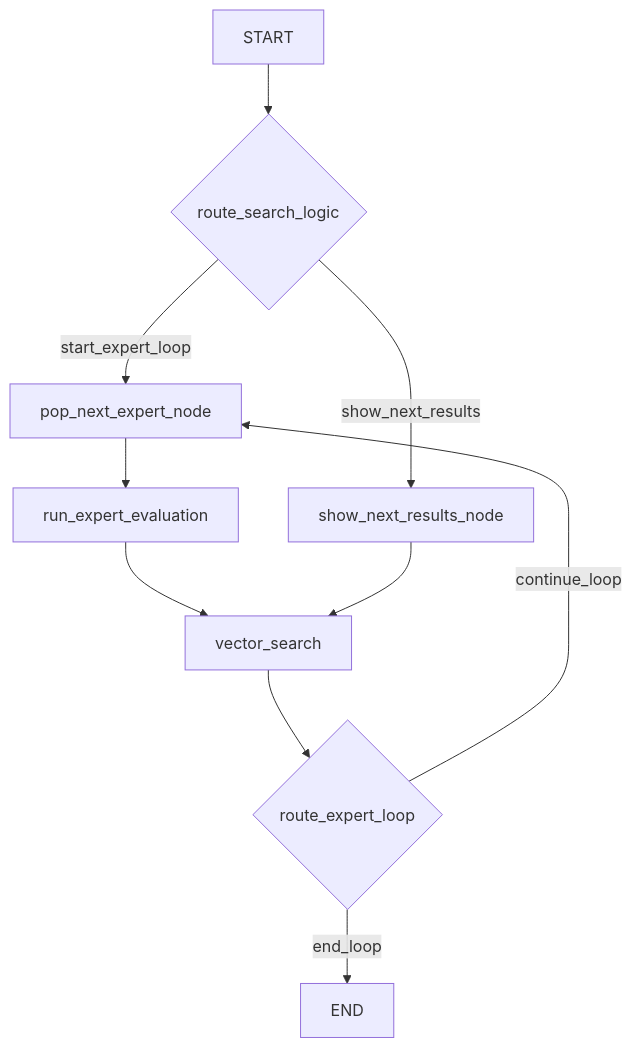
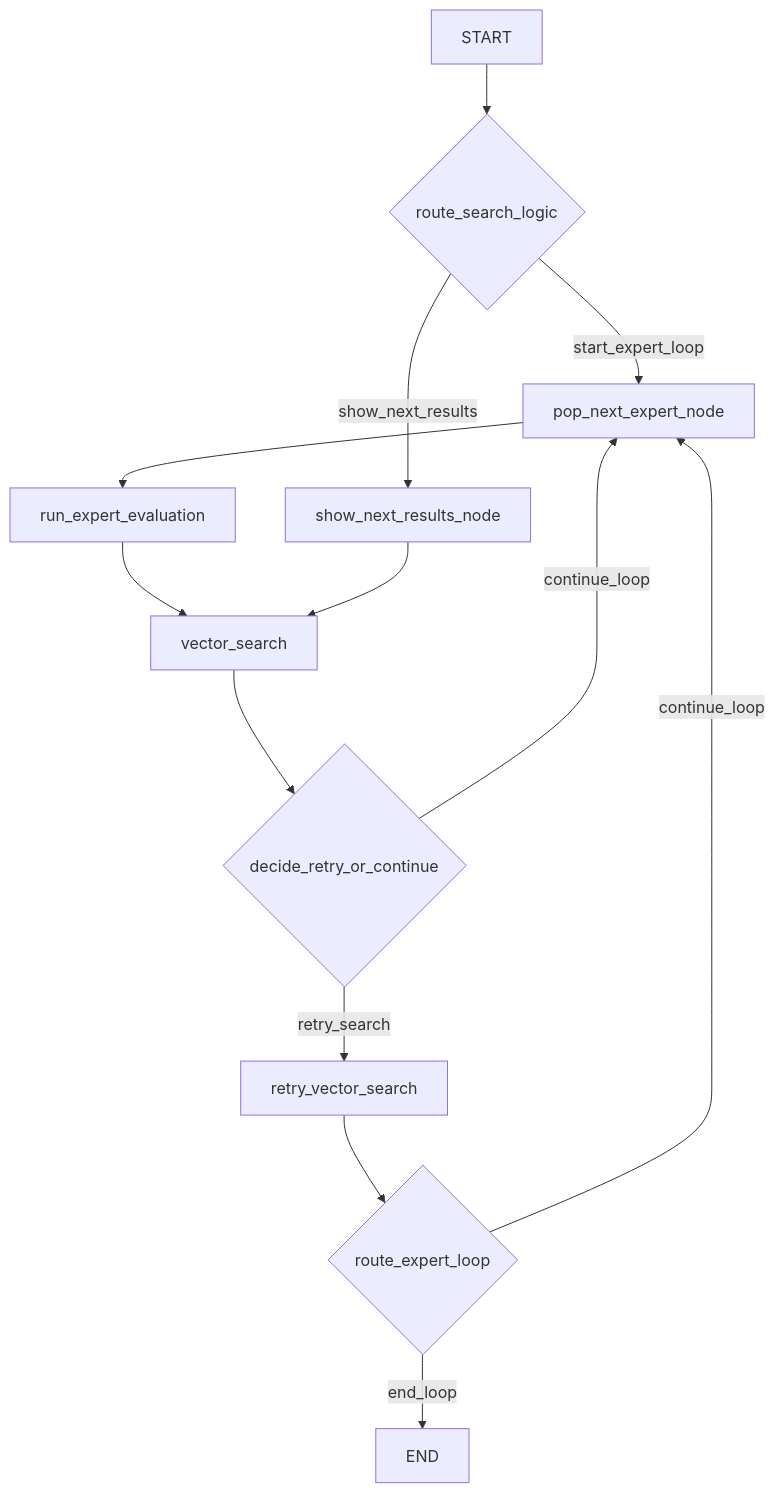
Before and after one commit to kanggihoo/SW-project: the diagram in docs/search_subgraph_guide.md, drawn with Mermaid. The commit also changed 91 other files, not shown here.

````diff
--- a/docs/search_subgraph_guide.md
+++ b/docs/search_subgraph_guide.md
@@ -81,12 +81,15 @@
 ```mermaid
 graph TD
     A[START] --> B{route_search_logic};
     B -- start_expert_loop --> C[pop_next_expert_node];
     B -- show_next_results --> D[show_next_results_node];
     C --> E[run_expert_evaluation];
     E --> F[vector_search];
     D --> F;
-    F --> G{route_expert_loop};
+    F --> I{decide_retry_or_continue};
+    I -- retry_search --> J[retry_vector_search];
+    I -- continue_loop --> C;
+    J --> G{route_expert_loop};
     G -- continue_loop --> C;
     G -- end_loop --> H[END];
 ```
````
